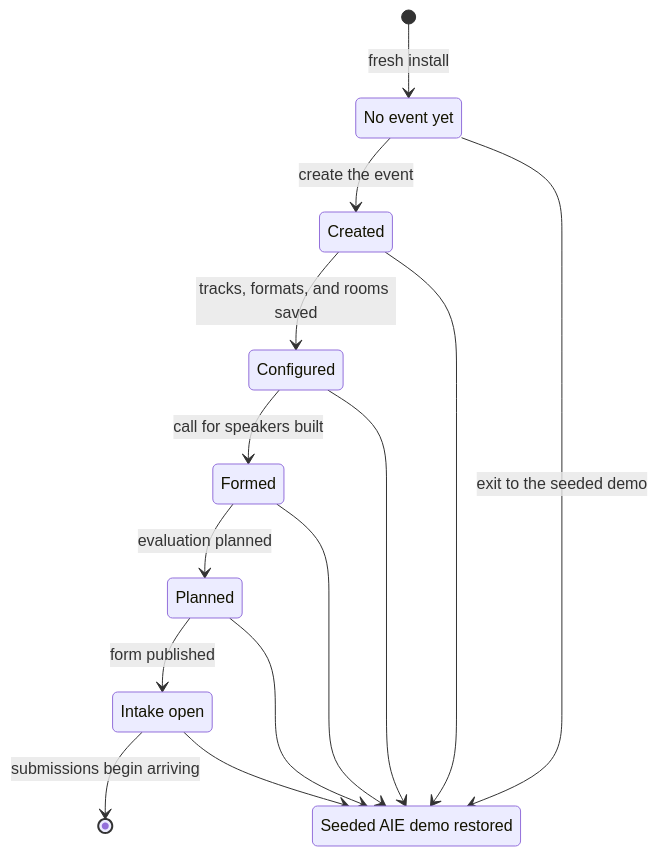
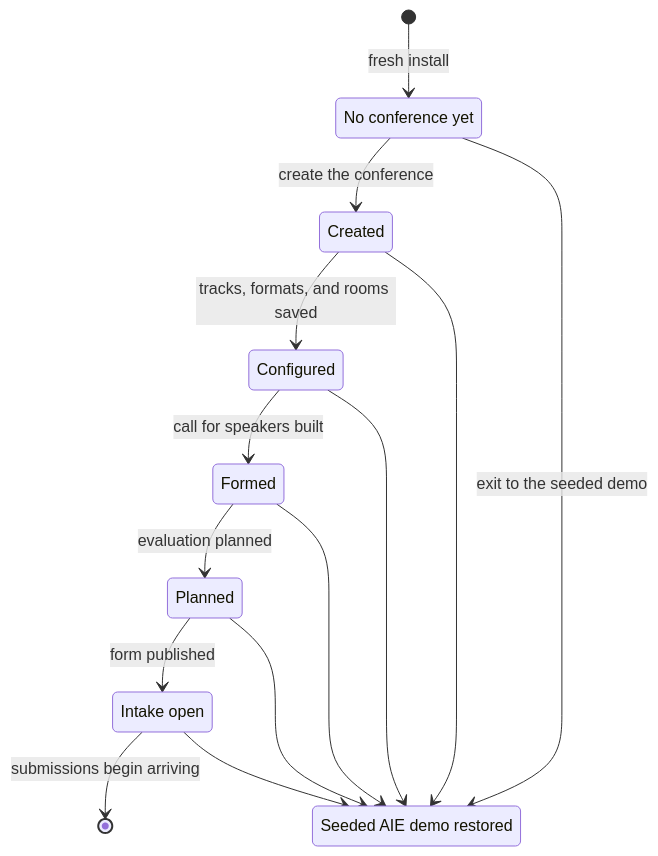
Diagram 13 of 14 in STATEMAP.md (Stage-11-Agentics/marquee), drawn with Mermaid before and after one commit. The commit also changed other lines of this file and 2 other files, not shown here.

````diff
--- a/STATEMAP.md
+++ b/STATEMAP.md
@@ -271,20 +271,20 @@
 ```mermaid
 stateDiagram-v2
   [*] --> NoEvent: fresh install
-  NoEvent --> Created: create the event
+  NoEvent --> Created: create the conference
   Created --> Configured: tracks, formats, and rooms saved
   Configured --> Formed: call for speakers built
   Formed --> Planned: evaluation planned
   Planned --> IntakeOpen: form published
   IntakeOpen --> [*]: submissions begin arriving
 
   NoEvent --> Seeded: exit to the seeded demo
   Created --> Seeded
   Configured --> Seeded
   Formed --> Seeded
   Planned --> Seeded
   IntakeOpen --> Seeded
   state "Seeded AIE demo restored" as Seeded
-  state "No event yet" as NoEvent
+  state "No conference yet" as NoEvent
   state "Intake open" as IntakeOpen
 ```
````
